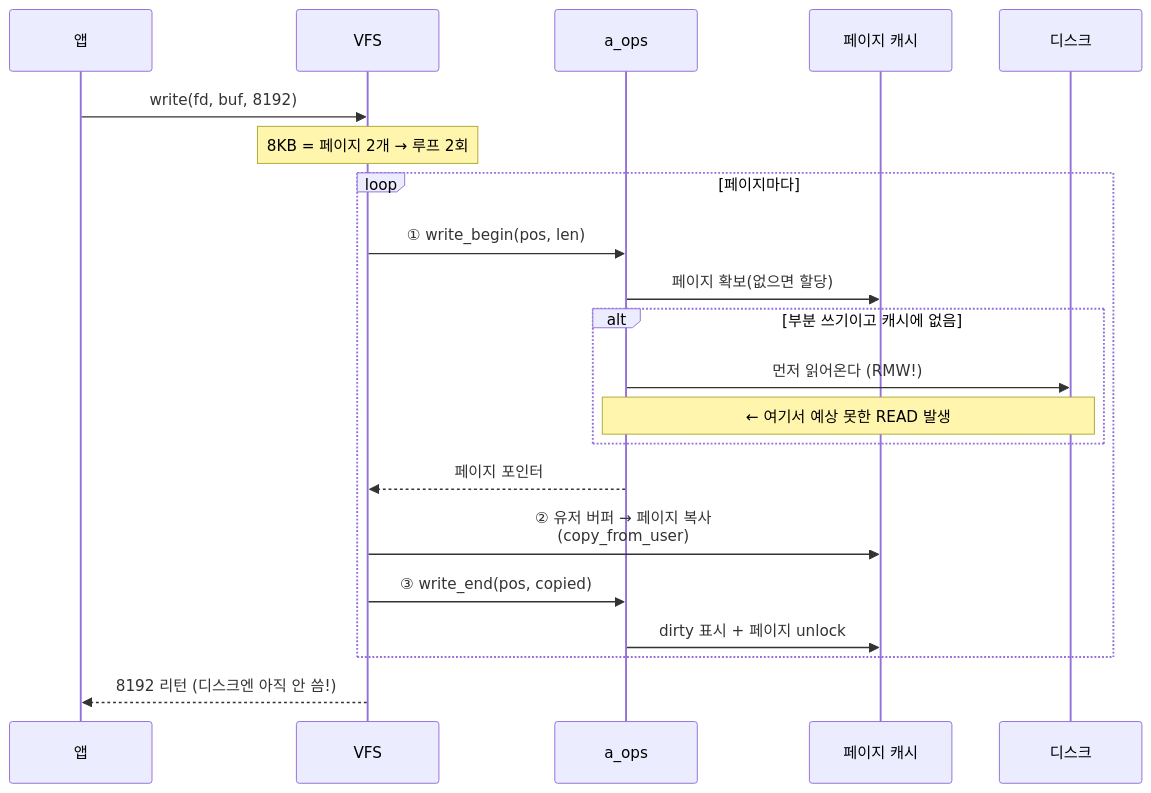
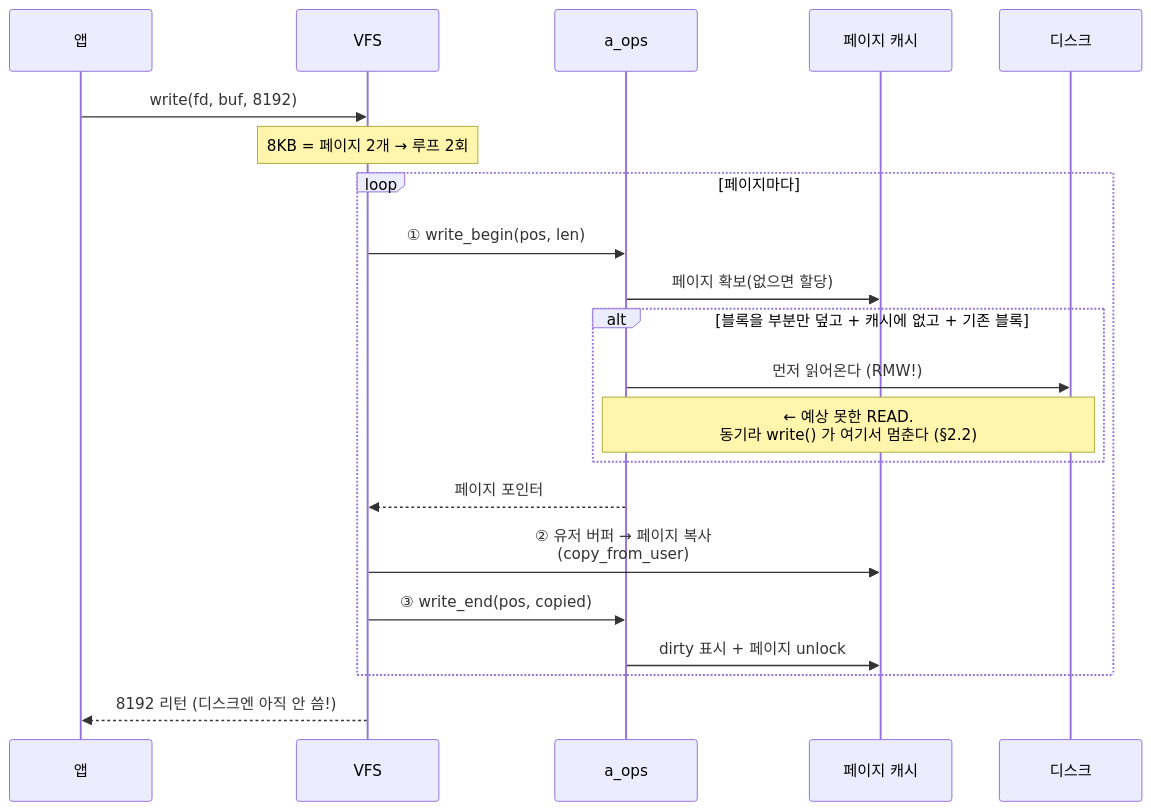
The fifth of 20 diagrams in src/content/docs/fsiotrace/io-layers.md (kakaromo/kakaromo.github.io), drawn with Mermaid before and after one commit. The commit also changed other lines of this file, not shown here.

````diff
--- a/src/content/docs/fsiotrace/io-layers.md
+++ b/src/content/docs/fsiotrace/io-layers.md
@@ -234,28 +234,28 @@
 ```mermaid
 sequenceDiagram
     participant App as 앱
     participant VFS
     participant AOPS as a_ops
     participant PC as 페이지 캐시
     participant Disk as 디스크
 
     App->>VFS: write(fd, buf, 8192)
     Note over VFS: 8KB = 페이지 2개 → 루프 2회
 
     loop 페이지마다
         VFS->>AOPS: ① write_begin(pos, len)
         AOPS->>PC: 페이지 확보(없으면 할당)
-        alt 부분 쓰기이고 캐시에 없음
+        alt 블록을 부분만 덮고 + 캐시에 없고 + 기존 블록
             AOPS->>Disk: 먼저 읽어온다 (RMW!)
-            Note over AOPS,Disk: ← 여기서 예상 못한 READ 발생
+            Note over AOPS,Disk: ← 예상 못한 READ.<br/>동기라 write() 가 여기서 멈춘다 (§2.2)
         end
         AOPS-->>VFS: 페이지 포인터
 
         VFS->>PC: ② 유저 버퍼 → 페이지 복사<br/>(copy_from_user)
 
         VFS->>AOPS: ③ write_end(pos, copied)
         AOPS->>PC: dirty 표시 + 페이지 unlock
     end
 
     VFS-->>App: 8192 리턴 (디스크엔 아직 안 씀!)
 ```
````
